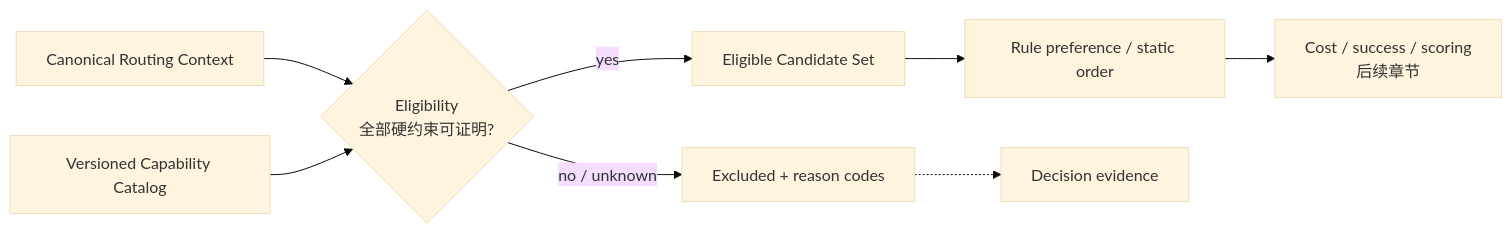
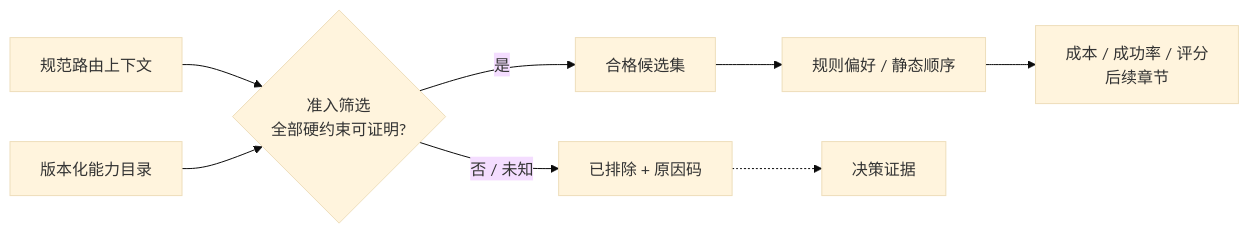
One commit to YouEclipse/Designing-Modern-Payment-Systems changed the first of 4 diagrams in part-2-routing-engine/provider-eligibility.md. Above: the diagram before and after it, drawn with Mermaid (base theme). The commit also changed other lines of this file and 59 other files, not shown here.

````diff
--- a/part-2-routing-engine/provider-eligibility.md
+++ b/part-2-routing-engine/provider-eligibility.md
@@ -34,10 +34,10 @@
 ```mermaid
 flowchart LR
-    Context["Canonical Routing Context"] --> Eligibility{"Eligibility<br/>全部硬约束可证明?"}
-    Catalog["Versioned Capability Catalog"] --> Eligibility
-    Eligibility -->|"yes"| Eligible["Eligible Candidate Set"]
-    Eligibility -->|"no / unknown"| Excluded["Excluded + reason codes"]
-    Eligible --> Policy["Rule preference / static order"]
-    Policy --> Later["Cost / success / scoring<br/>后续章节"]
-    Excluded -.-> Audit["Decision evidence"]
+    Context["规范路由上下文"] --> Eligibility{"准入筛选<br/>全部硬约束可证明?"}
+    Catalog["版本化能力目录"] --> Eligibility
+    Eligibility -->|"是"| Eligible["合格候选集"]
+    Eligibility -->|"否 / 未知"| Excluded["已排除 + 原因码"]
+    Eligible --> Policy["规则偏好 / 静态顺序"]
+    Policy --> Later["成本 / 成功率 / 评分<br/>后续章节"]
+    Excluded -.-> Audit["决策证据"]
 ```
````
